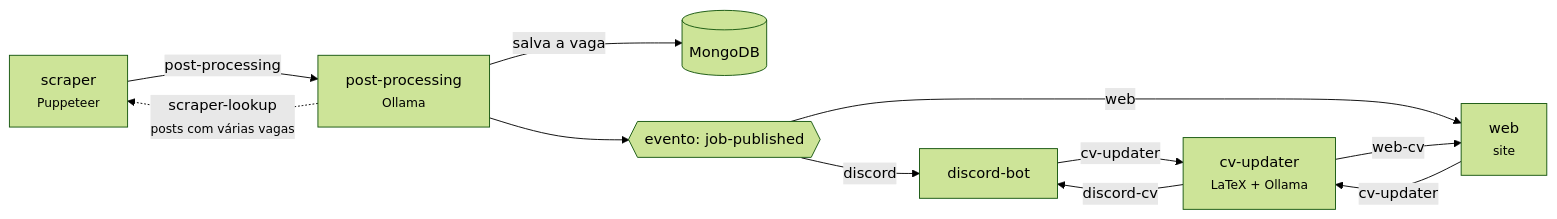
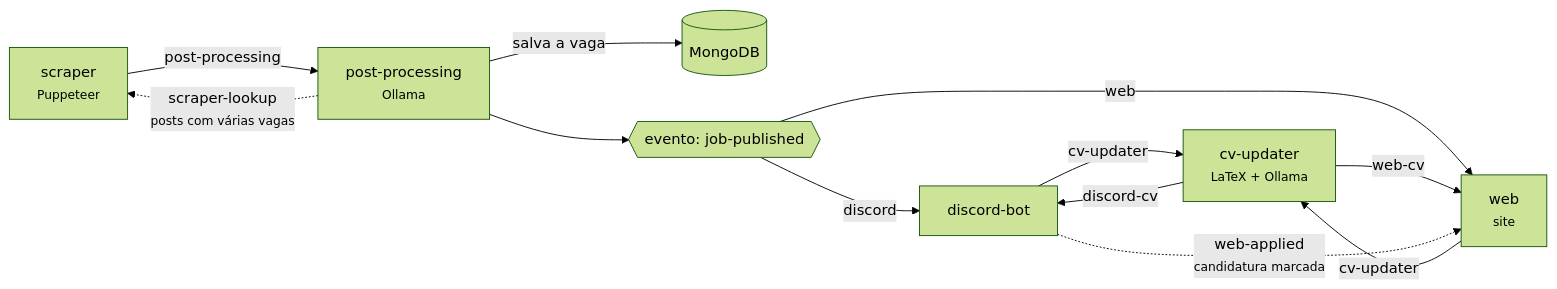
The diagram in README.md (P0sseid0n/jobs-scraper), drawn with Mermaid (forest theme) before and after one commit. The commit also changed 30 other files, not shown here.

````diff
--- a/README.md
+++ b/README.md
@@ -94,13 +94,14 @@
 ```mermaid
 flowchart LR
 	scraper["scraper<br/><small>Puppeteer</small>"] -- "post-processing" --> processing["post-processing<br/><small>Ollama</small>"]
 	processing -. "scraper-lookup<br/><small>posts com várias vagas</small>" .-> scraper
 	processing -- "salva a vaga" --> db[("MongoDB")]
 	processing --> event{{"evento: job-published"}}
 	event -- "discord" --> bot["discord-bot"]
 	event -- "web" --> web["web<br/><small>site</small>"]
 	bot -- "cv-updater" --> cv["cv-updater<br/><small>LaTeX + Ollama</small>"]
 	web -- "cv-updater" --> cv
 	cv -- "discord-cv" --> bot
 	cv -- "web-cv" --> web
+	bot -. "web-applied<br/><small>candidatura marcada</small>" .-> web
 ```
````
